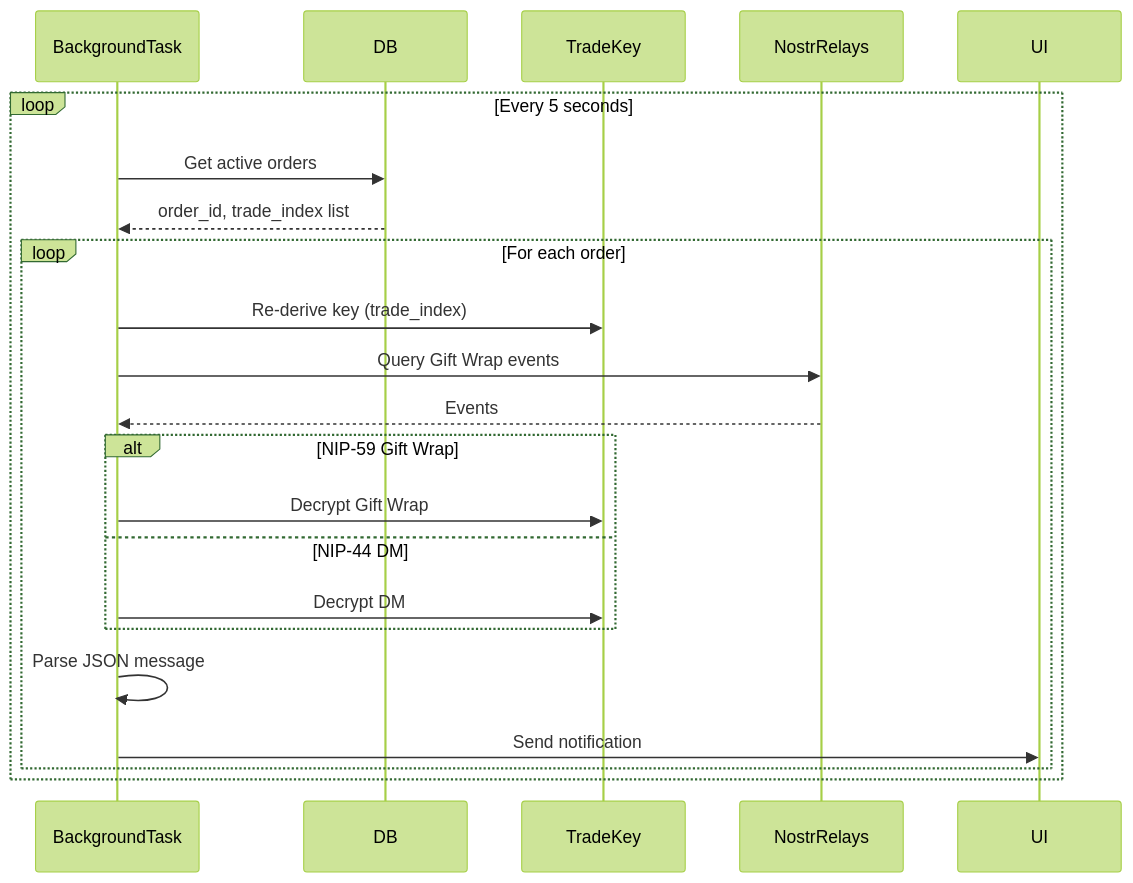
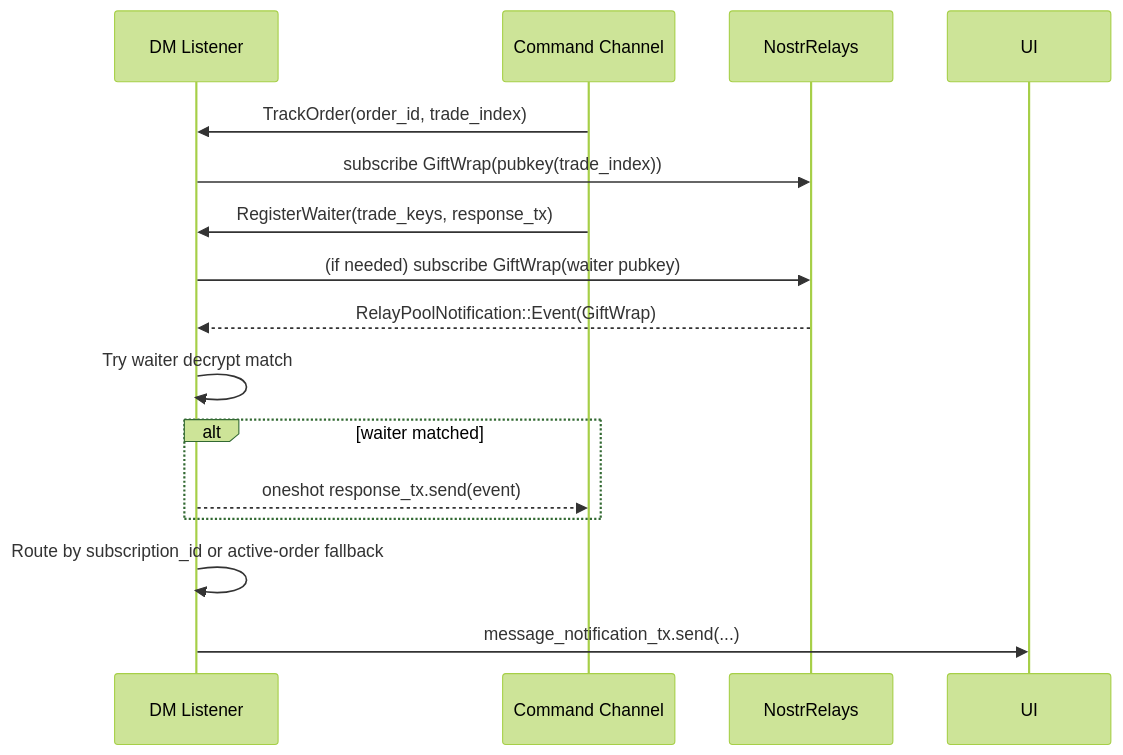
One commit to MostroP2P/mostrix changed the third of 5 diagrams in docs/MESSAGE_FLOW_AND_PROTOCOL.md. Above: the diagram before and after it, drawn with Mermaid (forest theme). The commit also changed other lines of this file and 4 other files, not shown here.

````diff
--- a/docs/MESSAGE_FLOW_AND_PROTOCOL.md
+++ b/docs/MESSAGE_FLOW_AND_PROTOCOL.md
@@ -248,25 +249,19 @@
 ```mermaid
 sequenceDiagram
-    participant BackgroundTask
-    participant DB
-    participant TradeKey
-    participant NostrRelays
+    participant Router as DM Listener
+    participant Cmd as Command Channel
+    participant Relays as NostrRelays
     participant UI
 
-    loop Every 5 seconds
-        BackgroundTask->>DB: Get active orders
-        DB-->>BackgroundTask: order_id, trade_index list
-        loop For each order
-            BackgroundTask->>TradeKey: Re-derive key (trade_index)
-            BackgroundTask->>NostrRelays: Query Gift Wrap events
-            NostrRelays-->>BackgroundTask: Events
-            alt NIP-59 Gift Wrap
-                BackgroundTask->>TradeKey: Decrypt Gift Wrap
-            else NIP-44 DM
-                BackgroundTask->>TradeKey: Decrypt DM
-            end
-            BackgroundTask->>BackgroundTask: Parse JSON message
-            BackgroundTask->>UI: Send notification
-        end
+    Cmd->>Router: TrackOrder(order_id, trade_index)
+    Router->>Relays: subscribe GiftWrap(pubkey(trade_index))
+    Cmd->>Router: RegisterWaiter(trade_keys, response_tx)
+    Router->>Relays: (if needed) subscribe GiftWrap(waiter pubkey)
+    Relays-->>Router: RelayPoolNotification::Event(GiftWrap)
+    Router->>Router: Try waiter decrypt match
+    alt waiter matched
+        Router-->>Cmd: oneshot response_tx.send(event)
     end
+    Router->>Router: Route by subscription_id or active-order fallback
+    Router->>UI: message_notification_tx.send(...)
 ```
````
